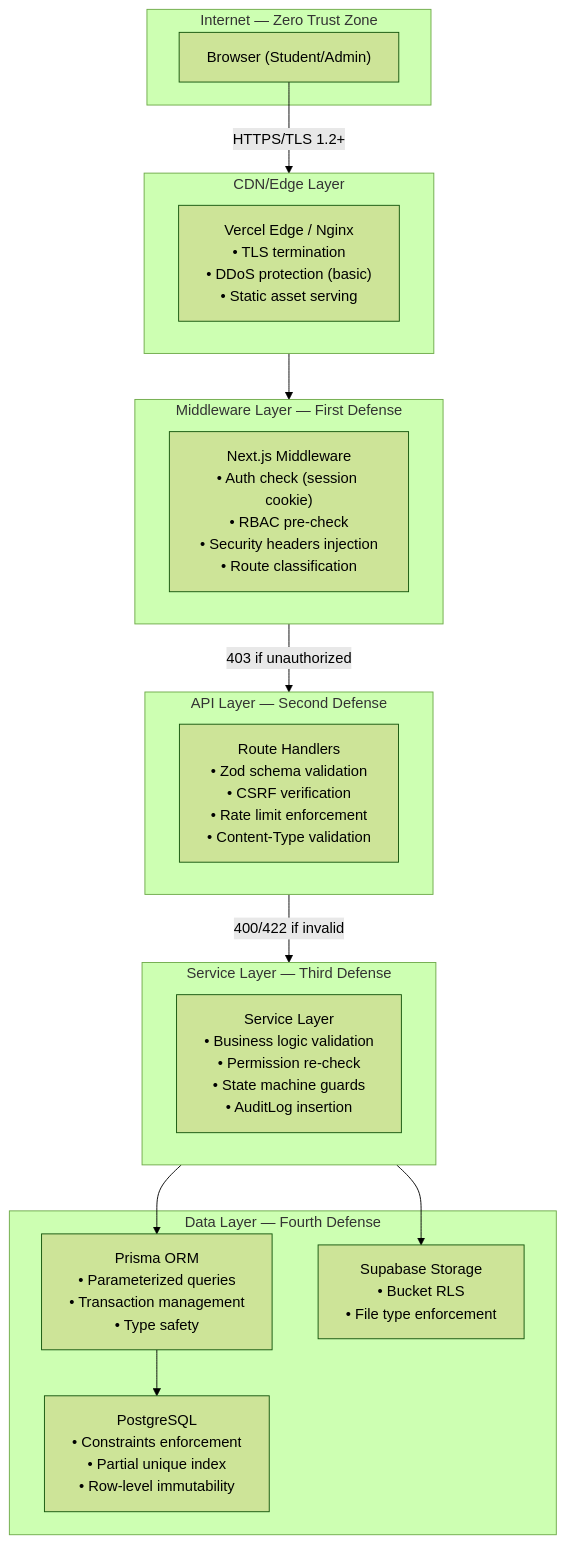
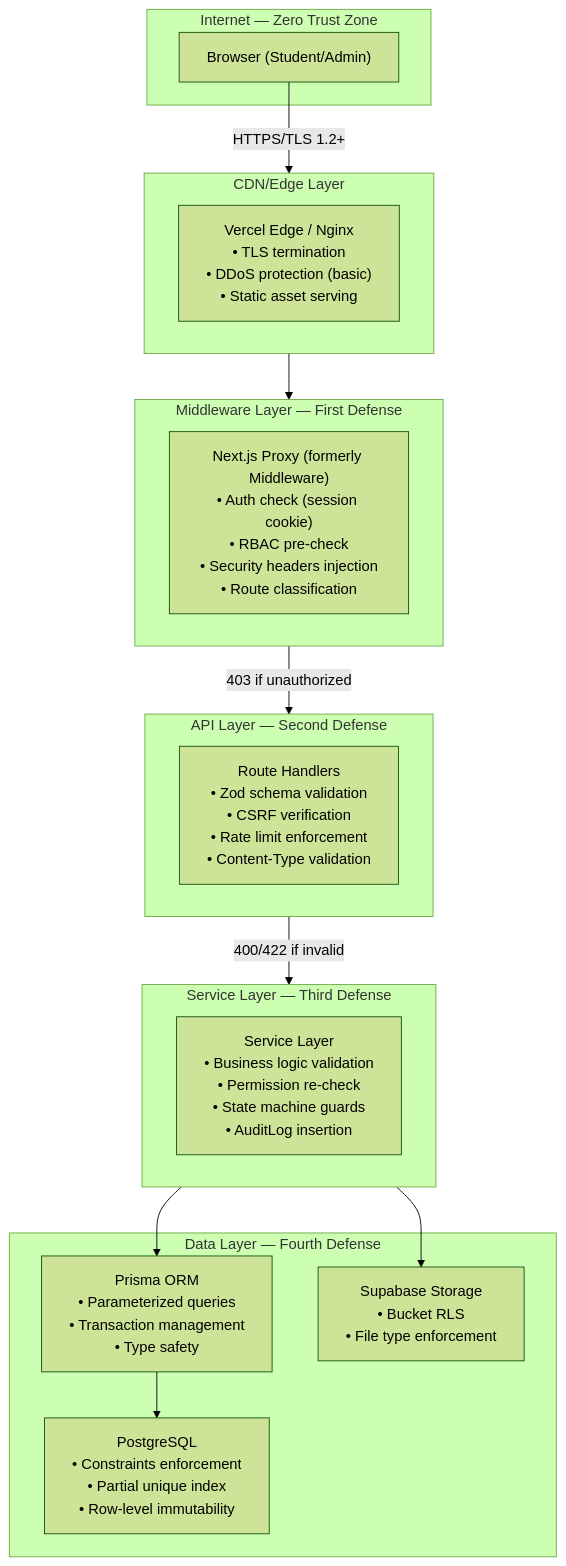
Before and after one commit to Claritys11/web-pilketos: the third of 12 diagrams in docs/05_SECURITY.md, drawn with Mermaid (forest theme). The commit also changed other lines of this file and 72 other files, not shown here.

````diff
--- a/docs/05_SECURITY.md
+++ b/docs/05_SECURITY.md
@@ -184,36 +185,36 @@
 ```mermaid
 graph TB
     subgraph Internet["Internet — Zero Trust Zone"]
         Browser["Browser (Student/Admin)"]
     end
 
     subgraph CDN["CDN/Edge Layer"]
         Vercel["Vercel Edge / Nginx\n• TLS termination\n• DDoS protection (basic)\n• Static asset serving"]
     end
 
     subgraph MW["Middleware Layer — First Defense"]
-        MWApp["Next.js Middleware\n• Auth check (session cookie)\n• RBAC pre-check\n• Security headers injection\n• Route classification"]
+        MWApp["Next.js Proxy (formerly Middleware)\n• Auth check (session cookie)\n• RBAC pre-check\n• Security headers injection\n• Route classification"]
     end
 
     subgraph API["API Layer — Second Defense"]
         RH["Route Handlers\n• Zod schema validation\n• CSRF verification\n• Rate limit enforcement\n• Content-Type validation"]
     end
 
     subgraph Service["Service Layer — Third Defense"]
         SVC["Service Layer\n• Business logic validation\n• Permission re-check\n• State machine guards\n• AuditLog insertion"]
     end
 
     subgraph DAL["Data Layer — Fourth Defense"]
         ORM["Prisma ORM\n• Parameterized queries\n• Transaction management\n• Type safety"]
         DB["PostgreSQL\n• Constraints enforcement\n• Partial unique index\n• Row-level immutability"]
         ST["Supabase Storage\n• Bucket RLS\n• File type enforcement"]
     end
 
     Browser -->|"HTTPS/TLS 1.2+"| CDN
     CDN --> MW
     MW -->|"403 if unauthorized"| API
     API -->|"400/422 if invalid"| Service
     Service --> ORM
     ORM --> DB
     Service --> ST
 ```
````
